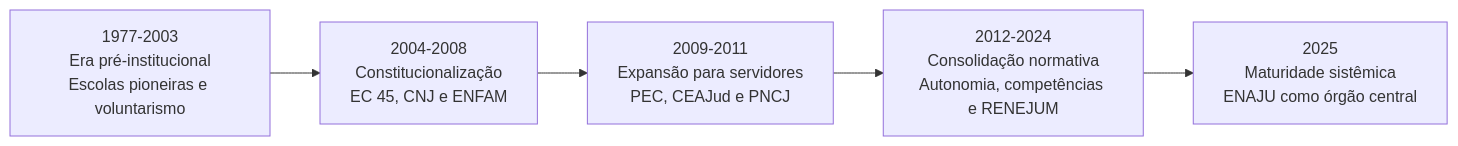
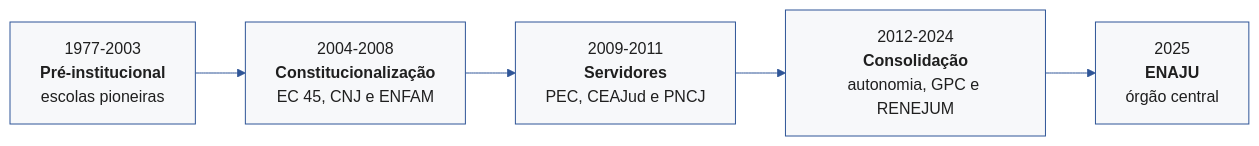
Before and after one commit to cnj-proj-icm/enaju-estrategia: the first of 2 diagrams in Fontes/Artigo ENAJUS 2026/artigo_completo_enajus_apa.qmd, drawn with Mermaid. The commit also changed other lines of this file and 4 other files, not shown here.

````diff
--- a/Fontes/Artigo ENAJUS 2026/artigo_completo_enajus_apa.qmd
+++ b/Fontes/Artigo ENAJUS 2026/artigo_completo_enajus_apa.qmd
@@ -99,9 +91,13 @@
 ```{mermaid}
 %%| label: fig-linha-tempo
 %%| fig-cap: "Linha do tempo da institucionalização da educação corporativa judicial"
+%%| fig-width: 6.8
+%%{init: {"theme": "base", "themeVariables": {"fontFamily": "Arial", "primaryColor": "#F7F8FA", "primaryBorderColor": "#2F5597", "primaryTextColor": "#1F1F1F", "lineColor": "#2F5597"}} }%%
 flowchart LR
-  A["1977-2003<br/>Era pré-institucional<br/>Escolas pioneiras e voluntarismo"] --> B["2004-2008<br/>Constitucionalização<br/>EC 45, CNJ e ENFAM"]
-  B --> C["2009-2011<br/>Expansão para servidores<br/>PEC, CEAJud e PNCJ"]
-  C --> D["2012-2024<br/>Consolidação normativa<br/>Autonomia, competências e RENEJUM"]
-  D --> E["2025<br/>Maturidade sistêmica<br/>ENAJU como órgão central"]
+  A["1977-2003<br/><b>Pré-institucional</b><br/>escolas pioneiras"]
+  B["2004-2008<br/><b>Constitucionalização</b><br/>EC 45, CNJ e ENFAM"]
+  C["2009-2011<br/><b>Servidores</b><br/>PEC, CEAJud e PNCJ"]
+  D["2012-2024<br/><b>Consolidação</b><br/>autonomia, GPC e RENEJUM"]
+  E["2025<br/><b>ENAJU</b><br/>órgão central"]
+  A --> B --> C --> D --> E
 ```
````
